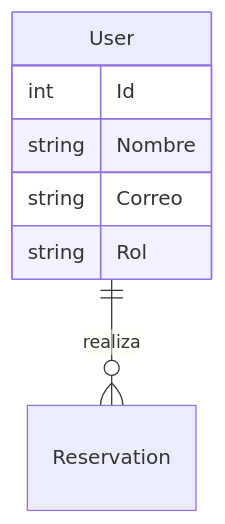
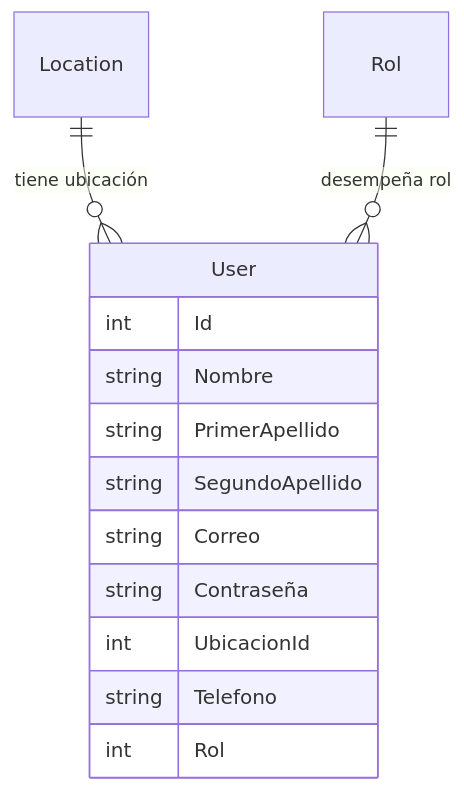
The diagram in docs/models-domain/user.md (jose-angell/EventResourceReservationAppDocs), drawn with Mermaid before and after one commit. The commit also changed other lines of this file and 8 other files, not shown here.

````diff
--- a/docs/models-domain/user.md
+++ b/docs/models-domain/user.md
@@ -10,11 +19,19 @@
  ``` mermaid
 erDiagram
     User {
         int Id
         string Nombre
+        string PrimerApellido
+        string SegundoApellido
         string Correo
-        string Rol
+        string Contraseña
+        int UbicacionId
+        string Telefono
+        int Rol
     }
-    
-    User ||--o{ Reservation : "realiza"
+
+    Location ||--o{ User : "tiene ubicación"
+    Rol ||--o{ User : "desempeña rol"
+
+
 ```
````
